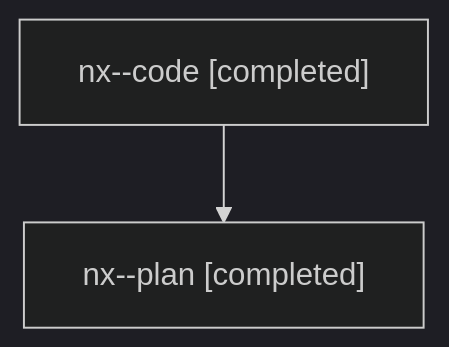
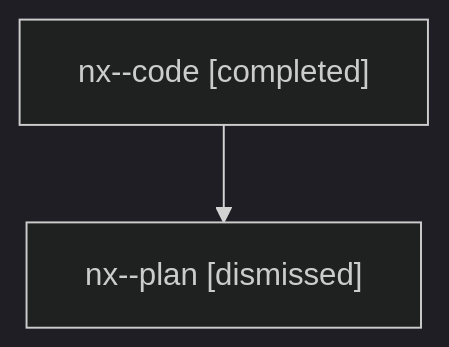
Before and after one commit to sase-org/sase--agents: the diagram in families/bbugyi200.athena.nx.md, drawn with Mermaid (dark theme). The commit also changed other lines of this file and 57 other files, not shown here.

````diff
--- a/families/bbugyi200.athena.nx.md
+++ b/families/bbugyi200.athena.nx.md
@@ -9,6 +9,6 @@
 ```mermaid
 flowchart TD
   n0["nx--code [completed]"]
-  n1["nx--plan [completed]"]
+  n1["nx--plan [dismissed]"]
   n0 --> n1
 ```
````
